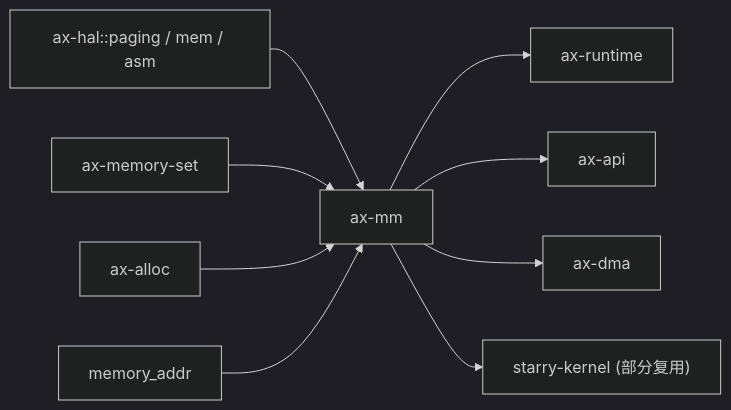
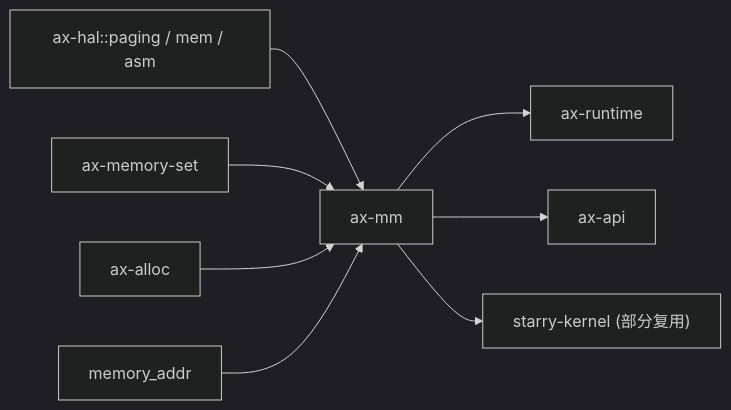
Before and after one commit to rcore-os/tgoskits: the second of 2 diagrams in docs/docs/components/crates/ax-mm.md, drawn with Mermaid (dark theme). The commit also changed other lines of this file and 386 other files, not shown here.

````diff
--- a/docs/docs/components/crates/ax-mm.md
+++ b/docs/docs/components/crates/ax-mm.md
@@ -103,12 +103,11 @@
 ```mermaid
 graph LR
     ax-hal["ax-hal::paging / mem / asm"] --> ax-mm["ax-mm"]
     ax_memory_set["ax-memory-set"] --> ax-mm
     ax-alloc["ax-alloc"] --> ax-mm
     memory_addr["memory_addr"] --> ax-mm
 
     ax-mm --> ax-runtime["ax-runtime"]
     ax-mm --> ax-api["ax-api"]
-    ax-mm --> ax_dma["ax-dma"]
     ax-mm --> starry_kernel["starry-kernel (部分复用)"]
 ```
````
